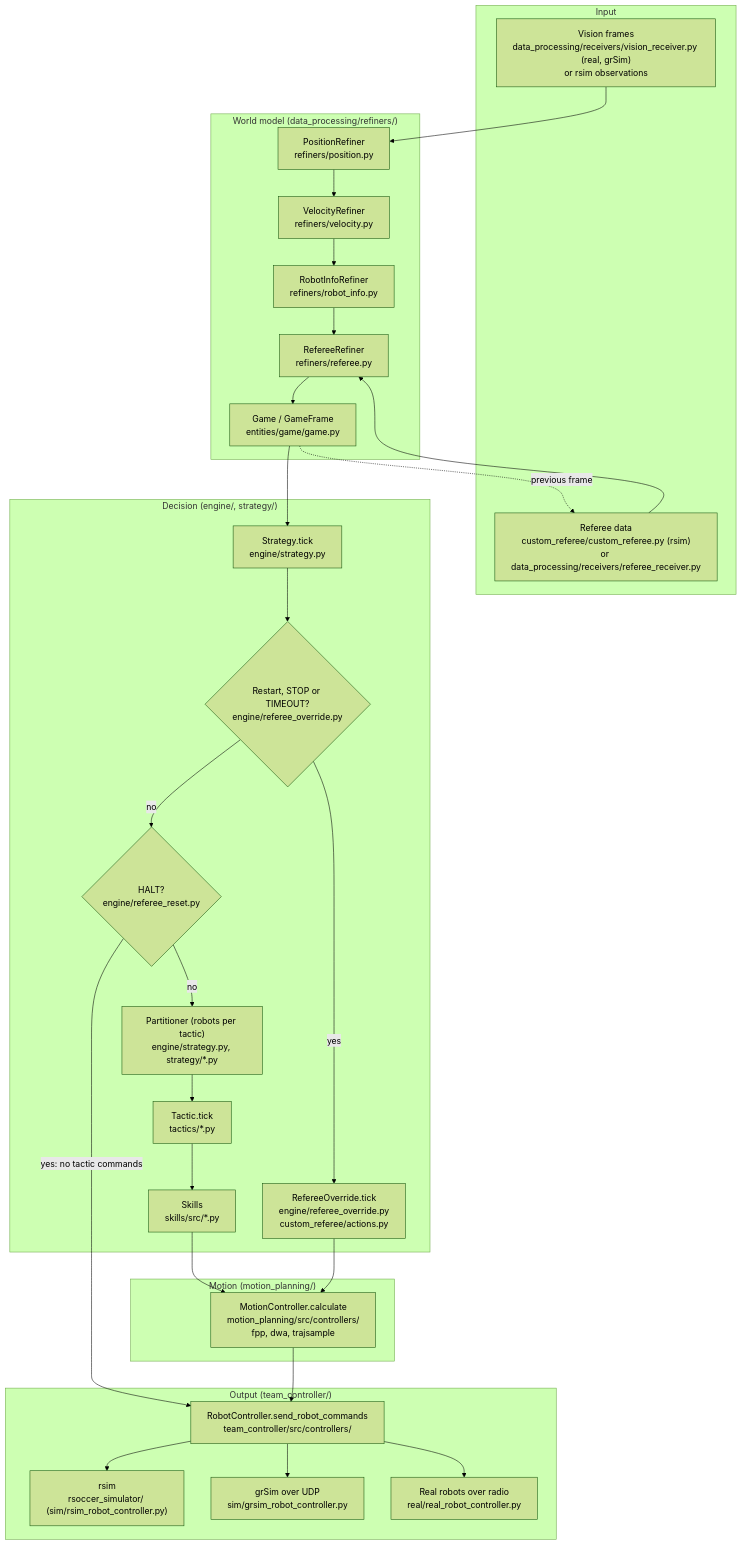
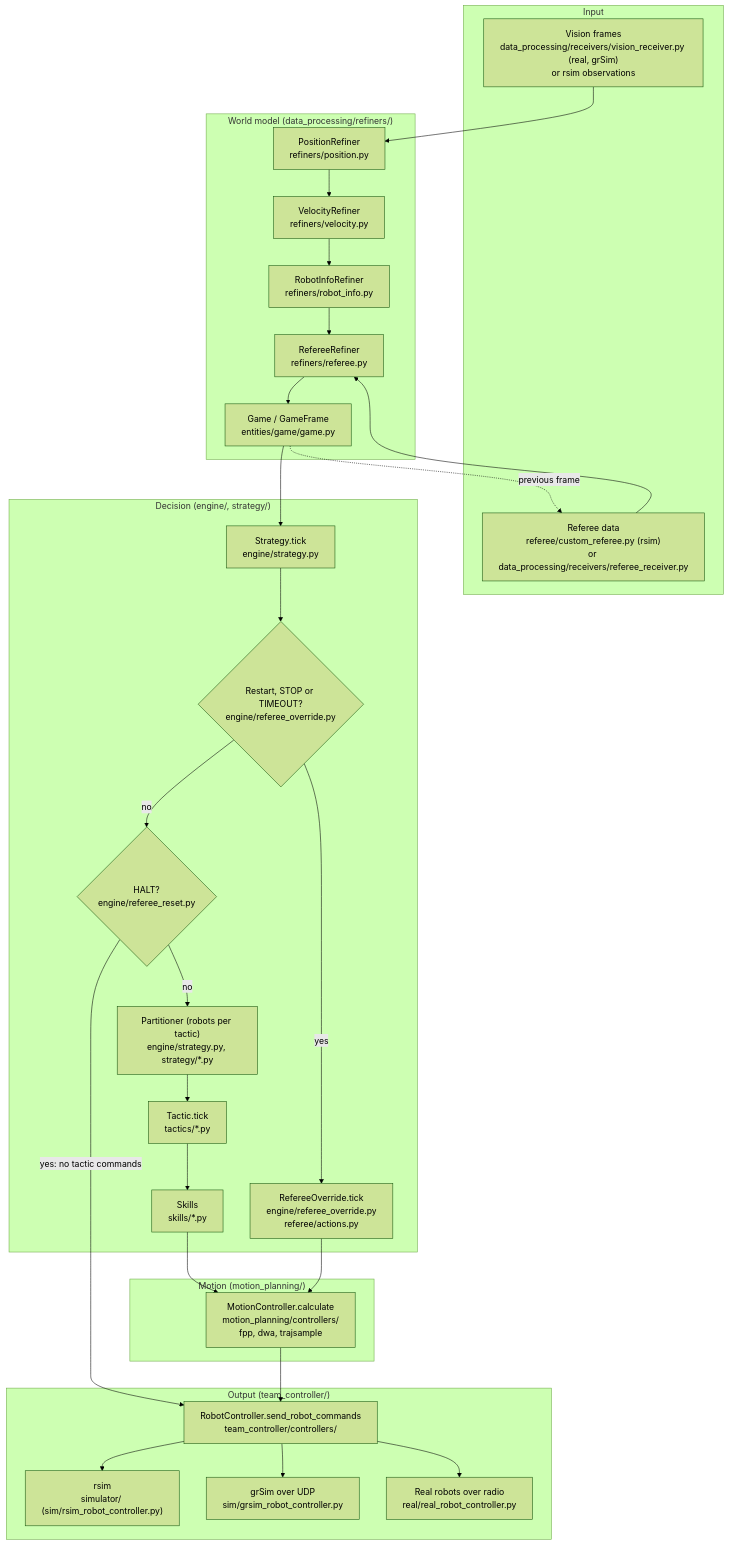
The first of 3 diagrams in docs/architecture.md (First-Order-RoboCup-SSL/Utama-Core), drawn with Mermaid (forest theme) before and after one commit. The commit also changed other lines of this file and 771 other files, not shown here.

````diff
--- a/docs/architecture.md
+++ b/docs/architecture.md
@@ -11,54 +11,54 @@
 ```mermaid
 flowchart TD
     subgraph input["Input"]
         vis["Vision frames<br/>data_processing/receivers/vision_receiver.py (real, grSim)<br/>or rsim observations"]
-        refsrc["Referee data<br/>custom_referee/custom_referee.py (rsim)<br/>or data_processing/receivers/referee_receiver.py"]
+        refsrc["Referee data<br/>referee/custom_referee.py (rsim)<br/>or data_processing/receivers/referee_receiver.py"]
     end
 
     subgraph world["World model (data_processing/refiners/)"]
         pos["PositionRefiner<br/>refiners/position.py"]
         vel["VelocityRefiner<br/>refiners/velocity.py"]
         rinfo["RobotInfoRefiner<br/>refiners/robot_info.py"]
         rref["RefereeRefiner<br/>refiners/referee.py"]
         game["Game / GameFrame<br/>entities/game/game.py"]
     end
 
     subgraph decision["Decision (engine/, strategy/)"]
         strat["Strategy.tick<br/>engine/strategy.py"]
         restart{"Restart, STOP or TIMEOUT?<br/>engine/referee_override.py"}
         halt{"HALT?<br/>engine/referee_reset.py"}
-        ovr["RefereeOverride.tick<br/>engine/referee_override.py<br/>custom_referee/actions.py"]
+        ovr["RefereeOverride.tick<br/>engine/referee_override.py<br/>referee/actions.py"]
         part["Partitioner (robots per tactic)<br/>engine/strategy.py, strategy/*.py"]
         tac["Tactic.tick<br/>tactics/*.py"]
-        skill["Skills<br/>skills/src/*.py"]
+        skill["Skills<br/>skills/*.py"]
     end
 
     subgraph motion["Motion (motion_planning/)"]
-        mc["MotionController.calculate<br/>motion_planning/src/controllers/<br/>fpp, dwa, trajsample"]
+        mc["MotionController.calculate<br/>motion_planning/controllers/<br/>fpp, dwa, trajsample"]
     end
 
     subgraph output["Output (team_controller/)"]
-        ctrl["RobotController.send_robot_commands<br/>team_controller/src/controllers/"]
-        rsim["rsim<br/>rsoccer_simulator/ (sim/rsim_robot_controller.py)"]
+        ctrl["RobotController.send_robot_commands<br/>team_controller/controllers/"]
+        rsim["rsim<br/>simulator/ (sim/rsim_robot_controller.py)"]
         grsim["grSim over UDP<br/>sim/grsim_robot_controller.py"]
         real["Real robots over radio<br/>real/real_robot_controller.py"]
     end
 
     vis --> pos
     pos --> vel --> rinfo --> rref
     refsrc --> rref
     rref --> game
     game --> strat
     game -. "previous frame" .-> refsrc
     strat --> restart
     restart -- "yes" --> ovr
     restart -- "no" --> halt
     halt -- "yes: no tactic commands" --> ctrl
     halt -- "no" --> part
     part --> tac --> skill --> mc
     ovr --> mc
     mc --> ctrl
     ctrl --> rsim
     ctrl --> grsim
     ctrl --> real
 ```
````
